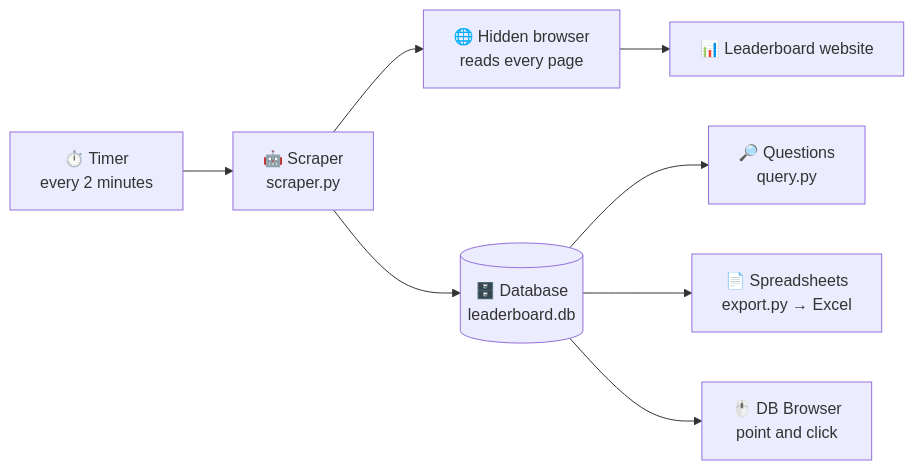
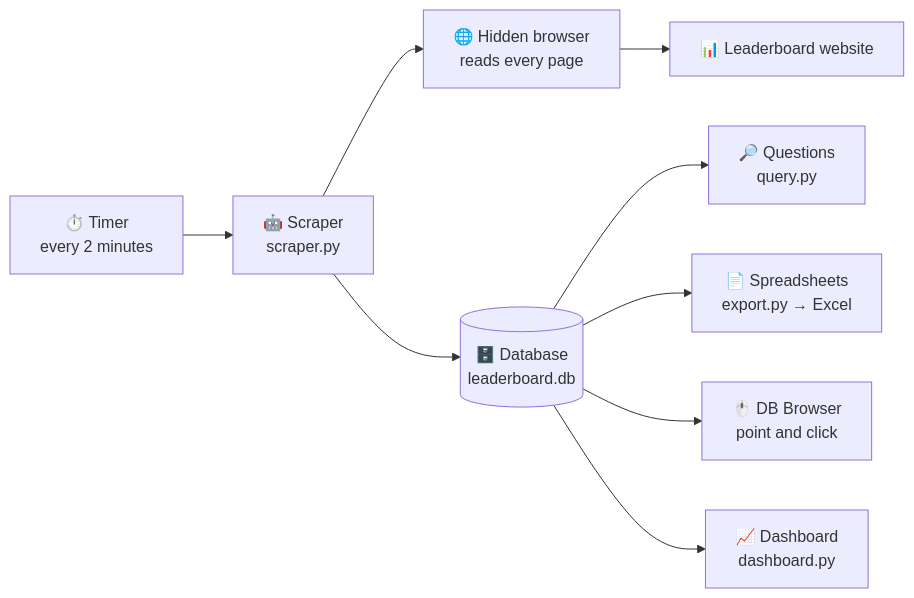
The diagram in README.md (leeablett/track-leaderboard), drawn with Mermaid before and after one commit. The commit also changed other lines of this file and 2 other files, not shown here.

First line of the commit message:
Add local dashboard with six analysis widgets

````diff
--- a/README.md
+++ b/README.md
@@ -17,10 +17,11 @@
 ```mermaid
 flowchart LR
     T["⏱️ Timer<br/>every 2 minutes"] --> S["🤖 Scraper<br/>scraper.py"]
     S --> B["🌐 Hidden browser<br/>reads every page"]
     B --> W["📊 Leaderboard website"]
     S --> D[("🗄️ Database<br/>leaderboard.db")]
     D --> Q["🔎 Questions<br/>query.py"]
     D --> E["📄 Spreadsheets<br/>export.py → Excel"]
     D --> V["🖱️ DB Browser<br/>point and click"]
+    D --> G["📈 Dashboard<br/>dashboard.py"]
 ```
````
